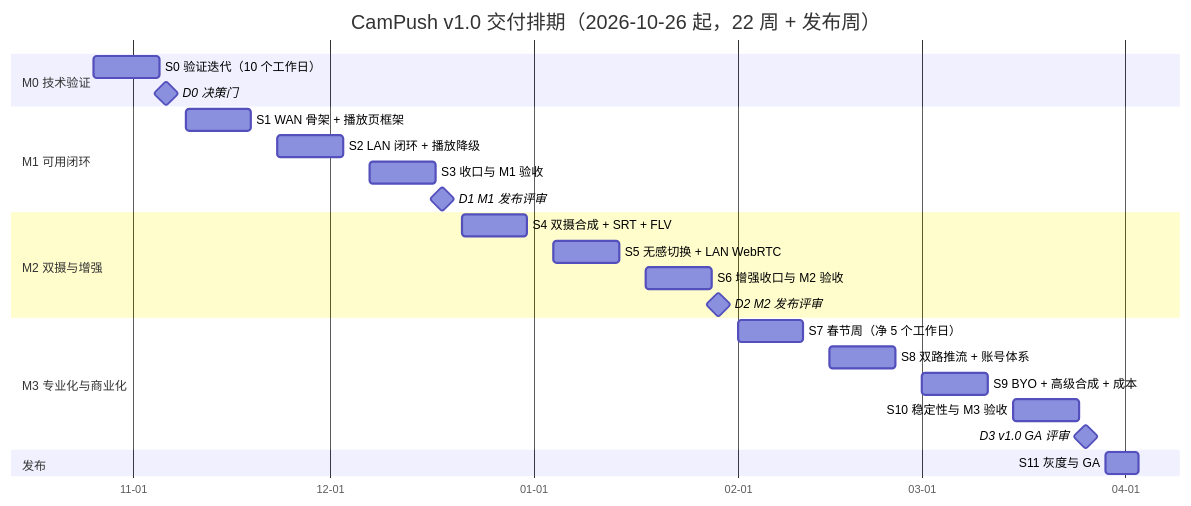
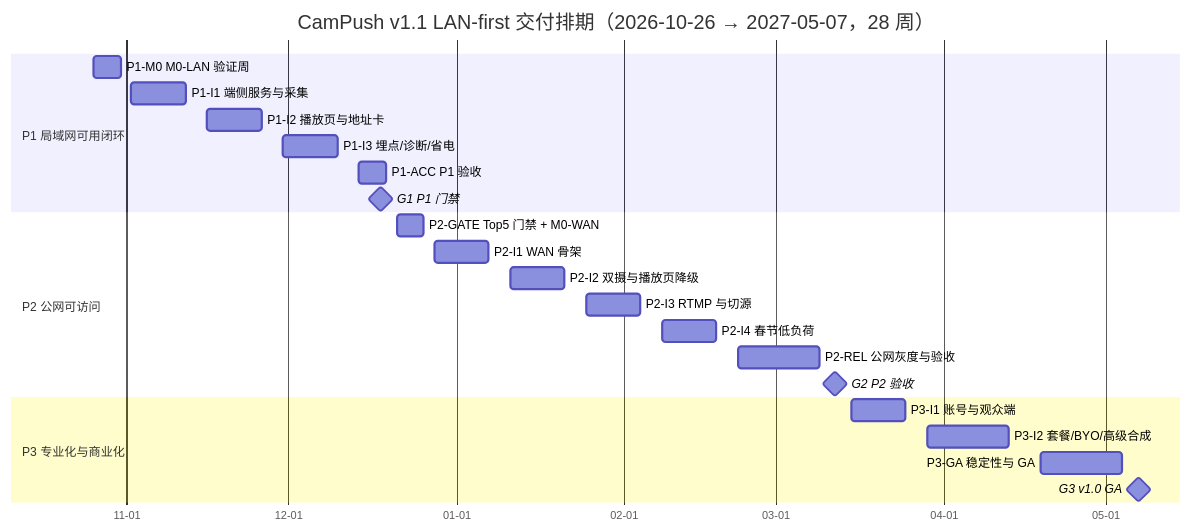
One commit to mbpz/camPush changed the third of 3 diagrams in docs/09-task-plan.md. Above: the diagram before and after it, drawn with Mermaid. The commit also changed other lines of this file and 5 other files, not shown here.

First line of the commit message:
docs: LAN-first 交付分期（P1 局域网 → P2 公网）

````diff
--- a/docs/09-task-plan.md
+++ b/docs/09-task-plan.md
@@ -537,27 +669,26 @@
 ```mermaid
 gantt
-    title CamPush v1.0 交付排期（2026-10-26 起，22 周 + 发布周）
-    dateFormat YYYY-MM-DD
-    axisFormat %m-%d
-    section M0 技术验证
-    S0 验证迭代（10 个工作日）            :s0, 2026-10-26, 10d
-    D0 决策门                             :milestone, 2026-11-06, 0d
-    section M1 可用闭环
-    S1 WAN 骨架 + 播放页框架              :s1, 2026-11-09, 10d
-    S2 LAN 闭环 + 播放降级                :s2, 2026-11-23, 10d
-    S3 收口与 M1 验收                     :s3, 2026-12-07, 10d
-    D1 M1 发布评审                        :milestone, 2026-12-18, 0d
-    section M2 双摄与增强
-    S4 双摄合成 + SRT + FLV               :s4, 2026-12-21, 10d
-    S5 无感切换 + LAN WebRTC              :s5, 2027-01-04, 10d
-    S6 增强收口与 M2 验收                 :s6, 2027-01-18, 10d
-    D2 M2 发布评审                        :milestone, 2027-01-29, 0d
-    section M3 专业化与商业化
-    S7 春节周（净 5 个工作日）            :s7, 2027-02-01, 10d
-    S8 双路推流 + 账号体系                :s8, 2027-02-15, 10d
-    S9 BYO + 高级合成 + 成本              :s9, 2027-03-01, 10d
-    S10 稳定性与 M3 验收                  :s10, 2027-03-15, 10d
-    D3 v1.0 GA 评审                       :milestone, 2027-03-26, 0d
-    section 发布
-    S11 灰度与 GA                         :s11, 2027-03-29, 5d
+    title CamPush v1.1 LAN-first 交付排期（2026-10-26 → 2027-05-07，28 周）
+    dateFormat  YYYY-MM-DD
+    axisFormat  %m-%d
+    section P1 局域网可用闭环
+    P1-M0 M0-LAN 验证周            :p1m0, 2026-10-26, 5d
+    P1-I1 端侧服务与采集           :p1i1, 2026-11-02, 10d
+    P1-I2 播放页与地址卡           :p1i2, 2026-11-16, 10d
+    P1-I3 埋点/诊断/省电           :p1i3, 2026-11-30, 10d
+    P1-ACC P1 验收                 :p1acc, 2026-12-14, 5d
+    G1 P1 门禁                     :milestone, 2026-12-18, 0d
+    section P2 公网可访问
+    P2-GATE Top5 门禁 + M0-WAN     :p2g, 2026-12-21, 5d
+    P2-I1 WAN 骨架                 :p2i1, 2026-12-28, 10d
+    P2-I2 双摄与播放页降级         :p2i2, 2027-01-11, 10d
+    P2-I3 RTMP 与切源              :p2i3, 2027-01-25, 10d
+    P2-I4 春节低负荷               :p2i4, 2027-02-08, 10d
+    P2-REL 公网灰度与验收          :p2r, 2027-02-22, 15d
+    G2 P2 验收                     :milestone, 2027-03-12, 0d
+    section P3 专业化与商业化
+    P3-I1 账号与观众端             :p3i1, 2027-03-15, 10d
+    P3-I2 套餐/BYO/高级合成        :p3i2, 2027-03-29, 15d
+    P3-GA 稳定性与 GA              :p3ga, 2027-04-19, 15d
+    G3 v1.0 GA                     :milestone, 2027-05-07, 0d
 ```
````
